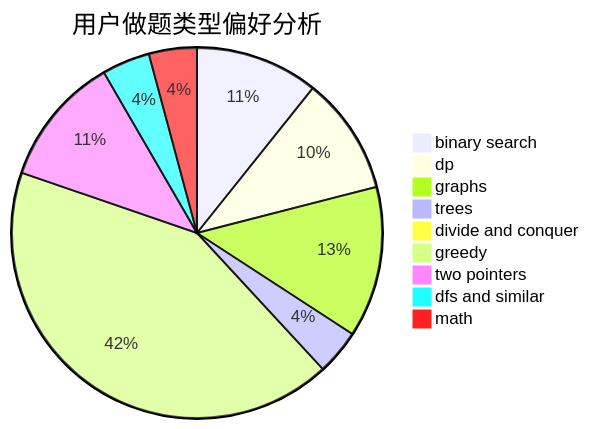
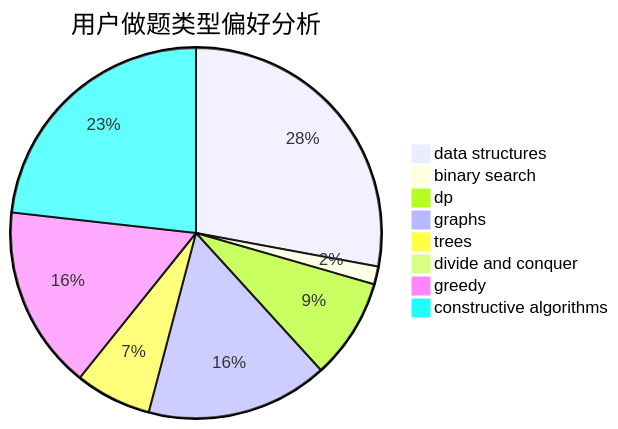
The second of 3 diagrams in docs/user/u2500.md (sherpahu/cfrs.github.io), drawn with Mermaid before and after one commit. The commit also changed other lines of this file and 2775 other files, not shown here.

````diff
--- a/docs/user/u2500.md
+++ b/docs/user/u2500.md
@@ -23,12 +23,11 @@
 ```mermaid
 pie title 用户做题类型偏好分析
-    "binary search" :  136
-    "dp" :  130
-    "graphs" :  167
-    "trees" :  50
+    "data structures" :  197
+    "binary search" :  11
+    "dp" :  62
+    "graphs" :  112
+    "trees" :  47
     "divide and conquer" :  5
-    "greedy" :  534
-    "two pointers" :  144
-    "dfs and similar" :  53
-    "math" :  53
+    "greedy" :  113
+    "constructive algorithms" :  164
 ```
````
